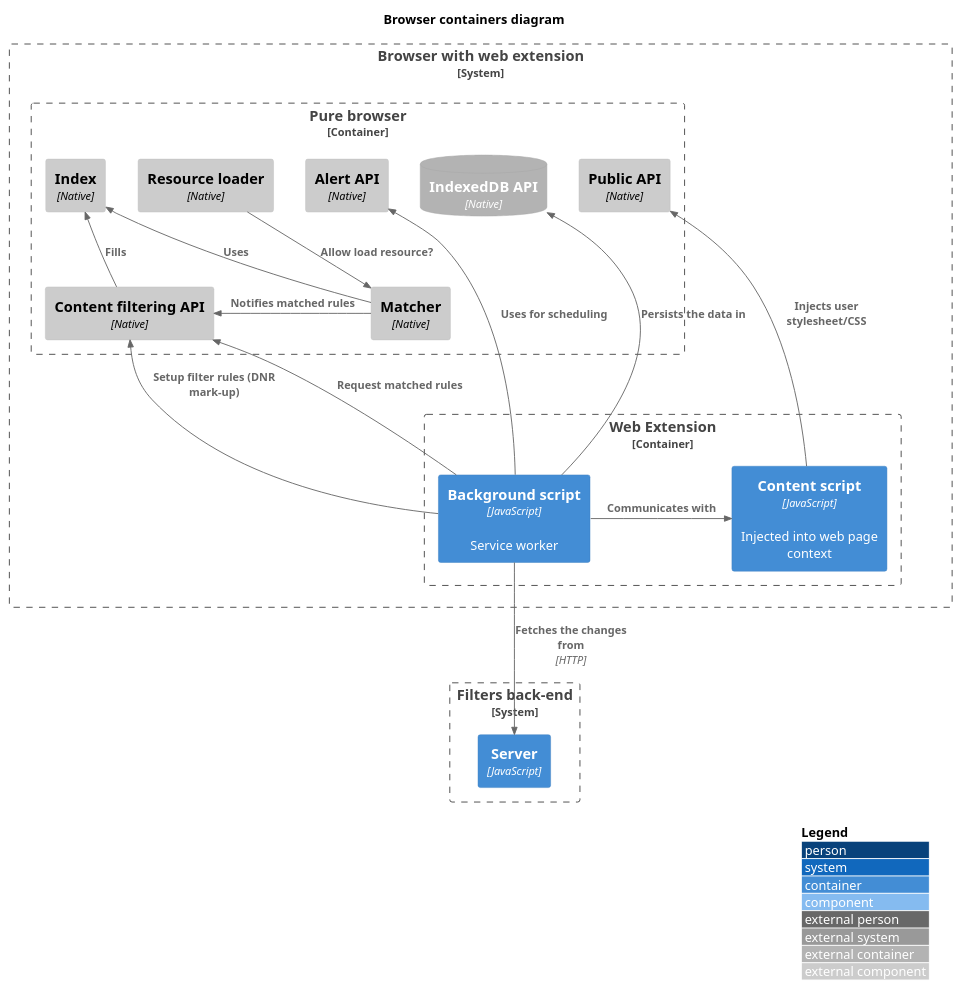
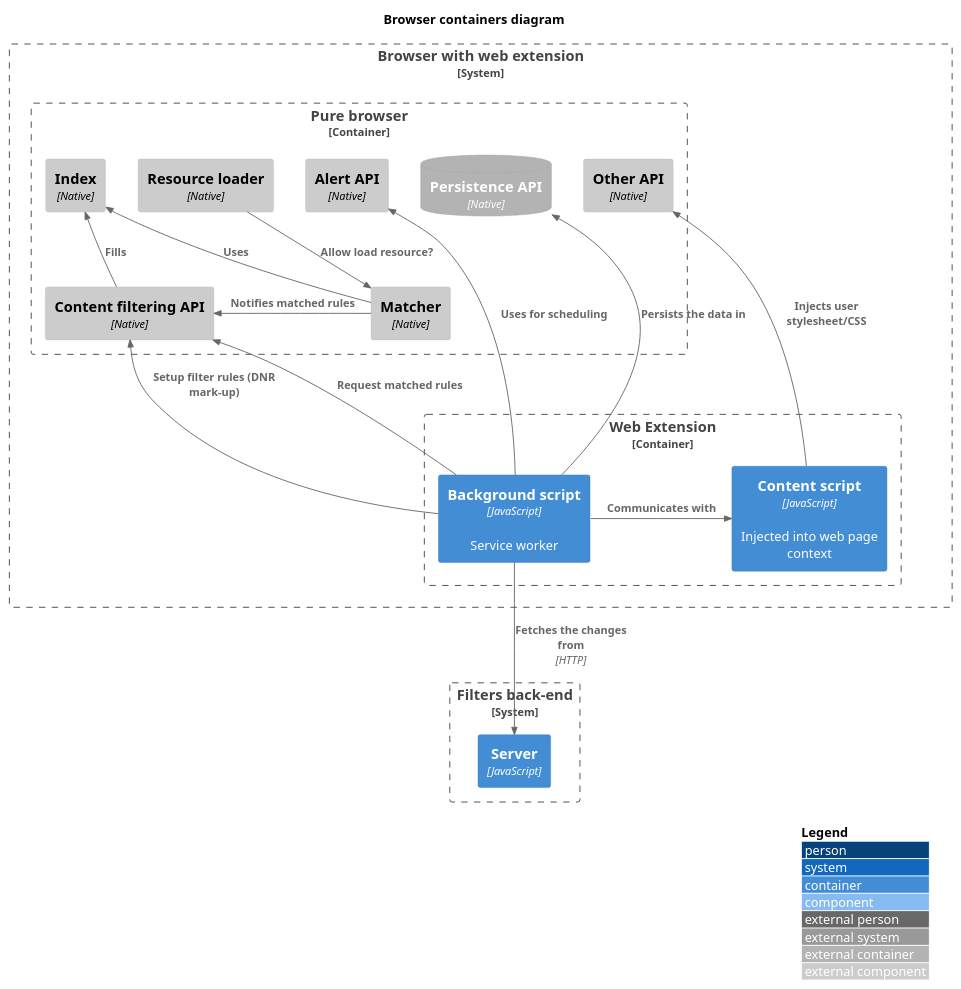
One commit to 4ntoine/mv3_spec_c4 changed the diagram in containers_browser.puml. Above: the diagram before and after it, drawn with PlantUML. The commit also changed 1 other file, not shown here.

Commit message:
Use "Persistence API" instead of "IndexedDB"

```diff
--- a/containers_browser.puml
+++ b/containers_browser.puml
@@ -1,43 +1,43 @@
 @startuml
 !include https://raw.githubusercontent.com/plantuml-stdlib/C4-PlantUML/master/C4_Context.puml
 !include https://raw.githubusercontent.com/plantuml-stdlib/C4-PlantUML/master/C4_Container.puml
 !include https://raw.githubusercontent.com/plantuml-stdlib/C4-PlantUML/master/C4_Component.puml
 
 title Browser containers diagram
 LAYOUT_WITH_LEGEND()
 
 ' system itself
 System_Boundary(browserSystem, "Browser with web extension") {
   Container_Boundary(browserContainer, "Pure browser", "Native") {
     Component_Ext(browserCore, "Content filtering API", "Native")
-    Component_Ext(browserApi, "Public API", "Native")
+    Component_Ext(browserApi, "Other API", "Native")
     Component_Ext(index, "Index", "Native")
     Component_Ext(matcher, "Matcher", "Native")
     Component_Ext(loader, "Resource loader", "Native")
-    ContainerDb_Ext(indexeddb, "IndexedDB API", "Native")
+    ContainerDb_Ext(persistence, "Persistence API", "Native")
     Component_Ext(schedulers, "Alert API", "Native")
   }
 
   Container_Boundary(webExtContainer, "Web Extension") {
     Container(webExtContent, "Content script", "JavaScript", "Injected into web page context")
     Container(webExtBackground, "Background script", "JavaScript", "Service worker")
   }
 }
 
 System_Boundary(backEndContainer, "Filters back-end") {
     Container(backEnd, "Server", "JavaScript")
 }
 
 ' relations
 Rel_U(webExtBackground, browserCore, "Request matched rules")
 Rel_U(webExtBackground, browserCore, "Setup filter rules (DNR mark-up)")
 Rel_U(webExtContent, browserApi, "Injects user stylesheet/CSS")
-Rel_U(webExtBackground, indexeddb, "Persists the data in")
+Rel_U(webExtBackground, persistence, "Persists the data in")
 Rel_U(webExtBackground, schedulers, "Uses for scheduling")
 Rel_U(browserCore, index, "Fills")
 Rel_U(matcher, index, "Uses")
 Rel_D(loader, matcher, "Allow load resource?")
 Rel_L(matcher, browserCore, "Notifies matched rules")
 Rel_D(webExtBackground, backEnd, "Fetches the changes from", "HTTP")
 Rel_L(webExtBackground, webExtContent, "Communicates with")
 @enduml
```
